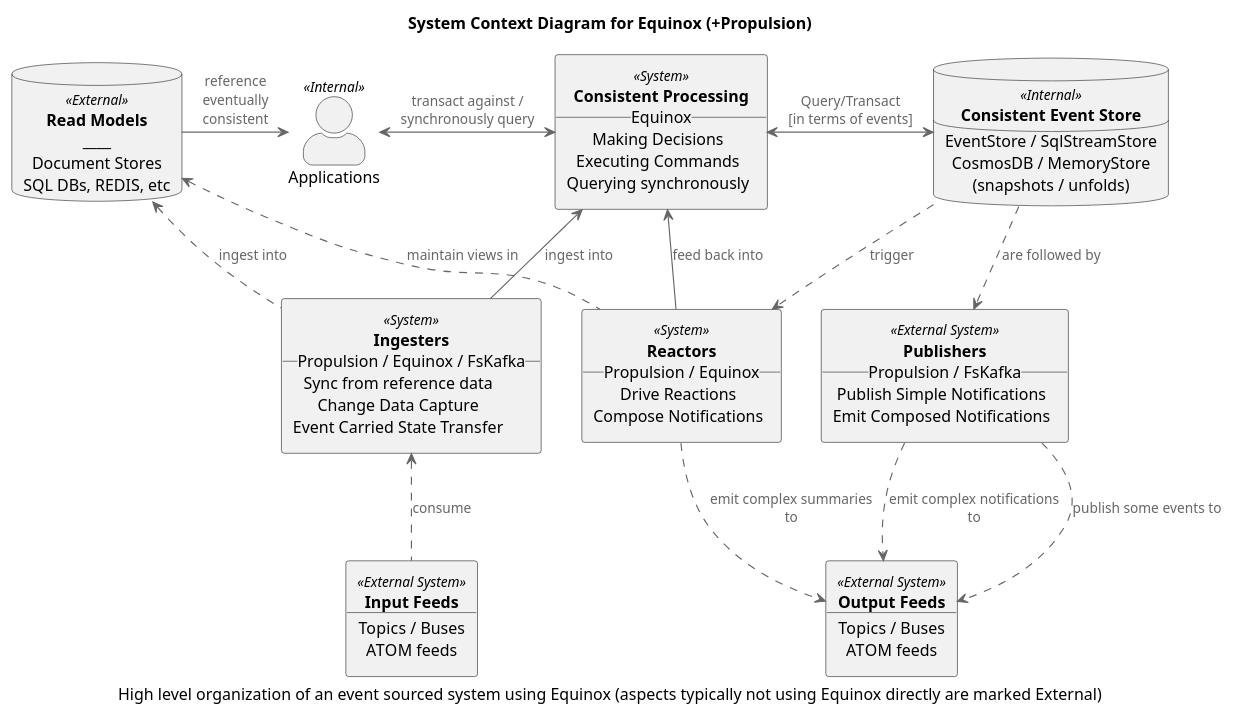
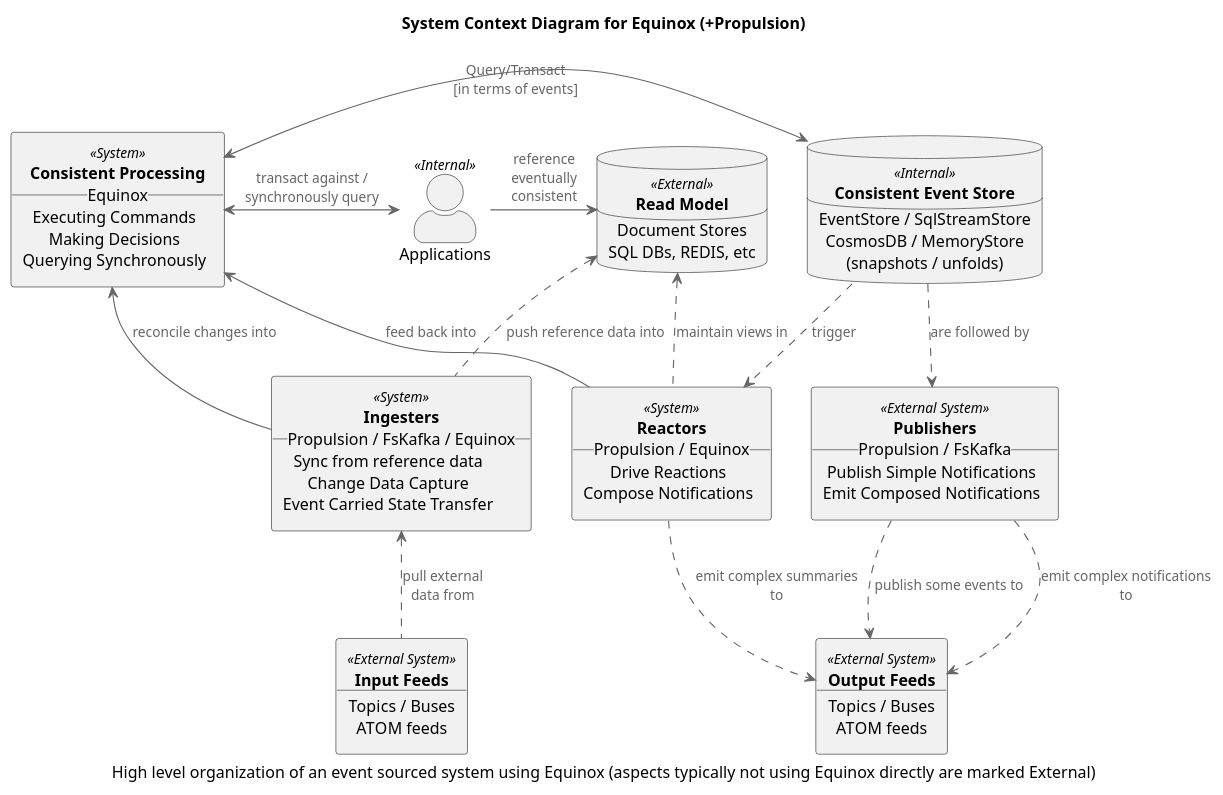
The diagram in diagrams/context.puml (jet/equinox), drawn with PlantUML before and after one commit. The commit also changed 1 other file, not shown here.

```diff
--- a/diagrams/context.puml
+++ b/diagrams/context.puml
@@ -1,86 +1,87 @@
 @startuml
 !includeurl https://raw.githubusercontent.com/skleanthous/C4-PlantumlSkin/master/build/output/c4.puml
 
 title System Context Diagram for Equinox (+Propulsion)
 caption High level organization of an event sourced system using Equinox (aspects typically not using Equinox directly are marked External)
 
-together {
     actor "Applications" <<Internal>> as apps
     rectangle services <<System>> [
         **Consistent Processing**
         __Equinox__
+        Executing Commands
         Making Decisions
-        Executing Commands
-        Querying synchronously
+        Querying Synchronously
     ]
     database stores <<Internal>> [
         **Consistent Event Store**
         ____
         EventStore / SqlStreamStore
         CosmosDB / MemoryStore
         (snapshots / unfolds)
     ]
-}
 
 database caches <<External>> [
-    **Read Models**
-    ____  
+    **Read Model**
+    ____
     Document Stores 
     SQL DBs, REDIS, etc
 ]
 
 together {
     rectangle ingesters <<System>> [
         **Ingesters**
-        __Propulsion / Equinox / FsKafka__
+        __Propulsion / FsKafka / Equinox__
         Sync from reference data
         Change Data Capture
         Event Carried State Transfer
     ]
     rectangle reactors <<System>> [
         **Reactors**
         __Propulsion / Equinox__
         Drive Reactions
         Compose Notifications
     ]
     rectangle projectors <<External System>> [
         **Publishers**
         __Propulsion / FsKafka__
         Publish Simple Notifications
         Emit Composed Notifications
     ]
 }
 
 rectangle sources <<External System>> [
     **Input Feeds**
     ____
     Topics / Buses
     ATOM feeds 
 ]
 rectangle sinks <<External System>> [
     **Output Feeds**
     ____
     Topics / Buses
     ATOM feeds
 ]
 
-apps       <--   caches     : reference\neventually\nconsistent
-apps       <-R-> services   : transact against /\nsynchronously query
+apps       ->   caches     : reference\neventually\nconsistent
+apps       <-L-> services   : transact against /\nsynchronously query
 
 services   <-R-> stores     : Query/Transact\n[in terms of events]
 
 stores     ..>   projectors : are followed by
 stores     ..>   reactors   : trigger
 
-projectors ..>   sinks      : emit complex notifications to
-projectors ..>   sinks      : publish some events to
-
 reactors   -->   services   : feed back into
 reactors   ..>   sinks      : emit complex summaries to
 reactors   .U.>   caches    : maintain views in
 
-ingesters  <..   sources    : consume
-ingesters  -->   services   : ingest into
-ingesters  .U.>   caches    : ingest into
+projectors ..>   sinks      : emit complex notifications to
+projectors ..>   sinks      : publish some events to
+
+ingesters  <..   sources    : pull external\ndata from
+ingesters  -->   services   : reconcile changes into
+ingesters  .U.>   caches    : push reference data into
+
+apps -[hidden]R-> caches
+projectors -[hidden]R-> ingesters
 
 @enduml
```
